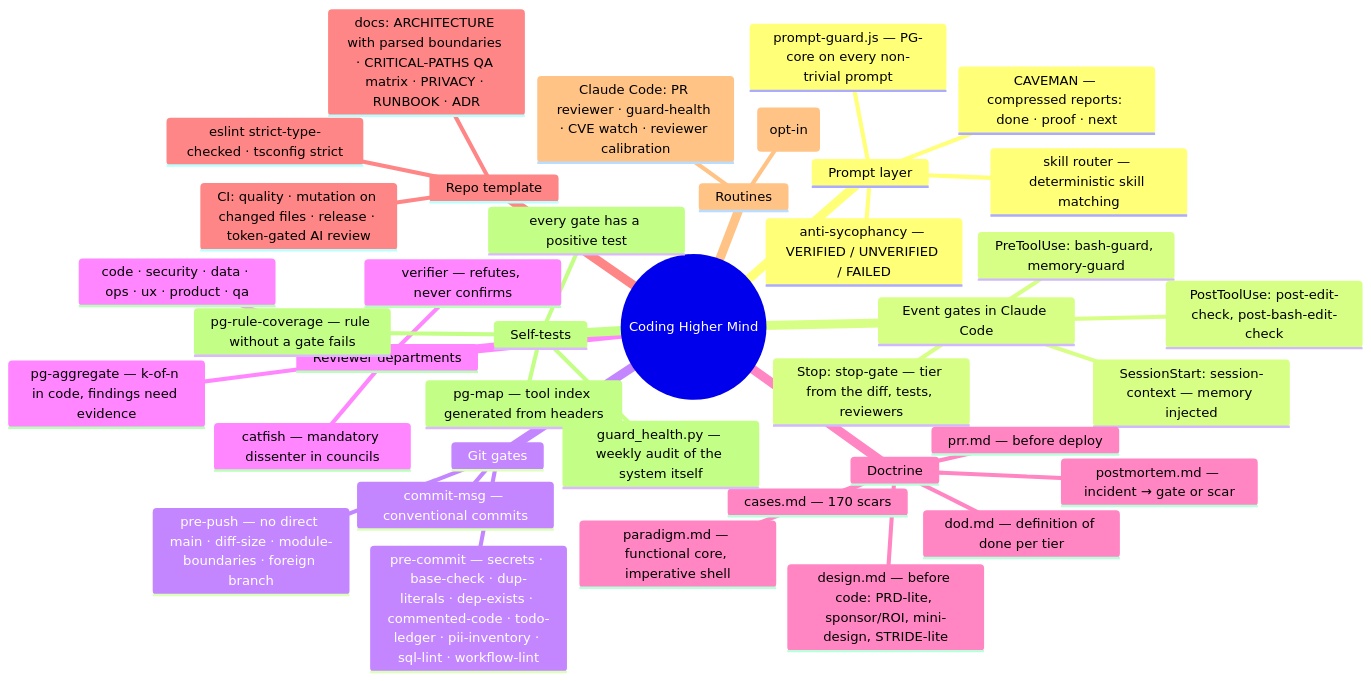
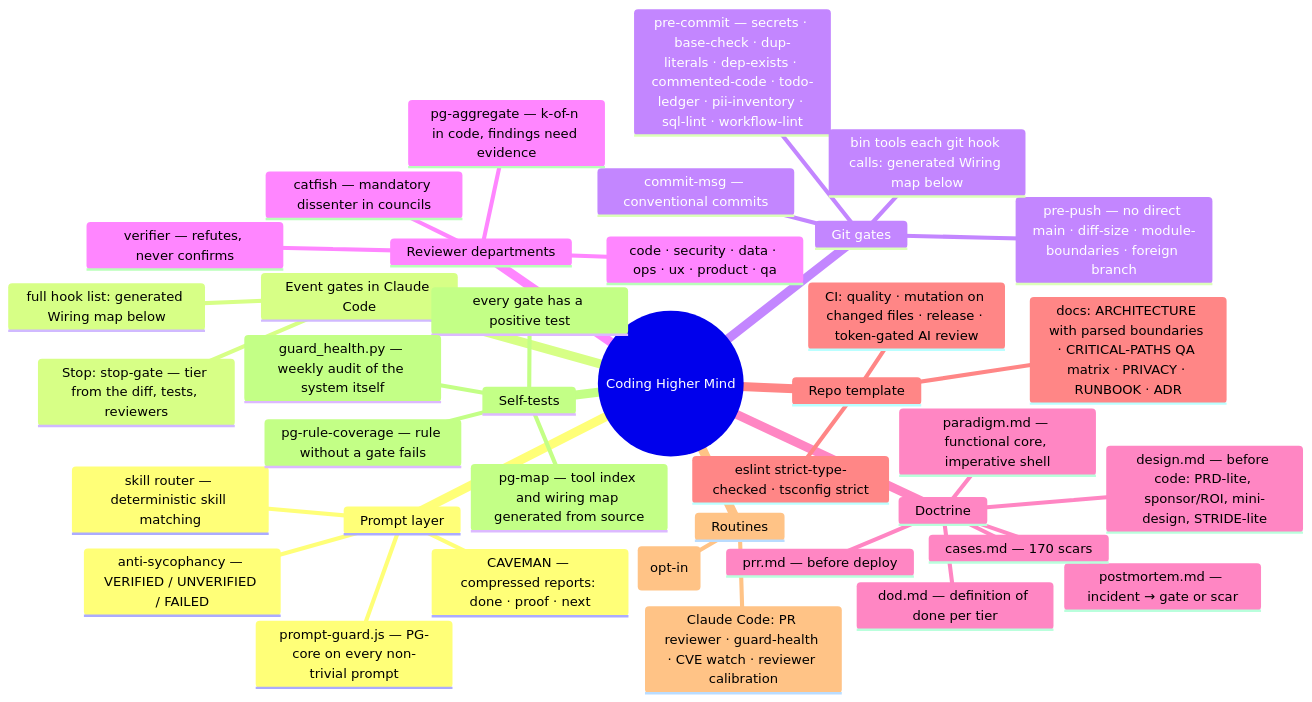
One commit to kamiljan11/coding-higher-mind changed the first of 5 diagrams in docs/ARCHITECTURE.md. Above: the diagram before and after it, drawn with Mermaid. The commit also changed other lines of this file and 120 other files, not shown here.

First line of the commit message:
feat: gate measurement, plan-first review and a compaction-proof session index (#29)

````diff
--- a/docs/ARCHITECTURE.md
+++ b/docs/ARCHITECTURE.md
@@ -8,42 +8,41 @@
 ```mermaid
 mindmap
   root((Coding Higher Mind))
     Prompt layer
       prompt-guard.js — PG-core on every non-trivial prompt
       CAVEMAN — compressed reports: done · proof · next
       anti-sycophancy — VERIFIED / UNVERIFIED / FAILED
       skill router — deterministic skill matching
     Event gates in Claude Code
-      PreToolUse: bash-guard, memory-guard
-      PostToolUse: post-edit-check, post-bash-edit-check
       Stop: stop-gate — tier from the diff, tests, reviewers
-      SessionStart: session-context — memory injected
+      full hook list: generated Wiring map below
     Git gates
       commit-msg — conventional commits
       pre-commit — secrets · base-check · dup-literals · dep-exists · commented-code · todo-ledger · pii-inventory · sql-lint · workflow-lint
       pre-push — no direct main · diff-size · module-boundaries · foreign branch
+      bin tools each git hook calls: generated Wiring map below
     Reviewer departments
       code · security · data · ops · ux · product · qa
       verifier — refutes, never confirms
       catfish — mandatory dissenter in councils
       pg-aggregate — k-of-n in code, findings need evidence
     Doctrine
       design.md — before code: PRD-lite, sponsor/ROI, mini-design, STRIDE-lite
       dod.md — definition of done per tier
       prr.md — before deploy
       postmortem.md — incident → gate or scar
       paradigm.md — functional core, imperative shell
       cases.md — 170 scars
     Repo template
       CI: quality · mutation on changed files · release · token-gated AI review
       docs: ARCHITECTURE with parsed boundaries · CRITICAL-PATHS QA matrix · PRIVACY · RUNBOOK · ADR
       eslint strict-type-checked · tsconfig strict
     Routines
       Claude Code: PR reviewer · guard-health · CVE watch · reviewer calibration
       Cowork: watchdog · backup+restore · sessions→memory · weekly report · self-evolution (opt-in)
     Self-tests
       every gate has a positive test
       pg-rule-coverage — rule without a gate fails
-      pg-map — tool index generated from headers
+      pg-map — tool index and wiring map generated from source
       guard_health.py — weekly audit of the system itself
 ```
````
